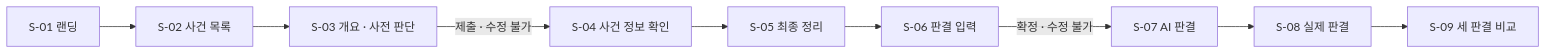
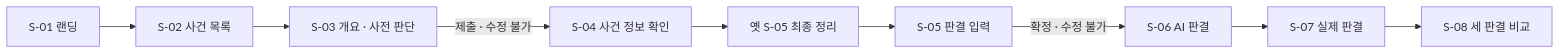
The diagram in docs/mvp-definition.md (prgrms-aibe-devcourse/AIBE7_FinalProject_Team2), drawn with Mermaid before and after one commit. The commit also changed other lines of this file and 18 other files, not shown here.

````diff
--- a/docs/mvp-definition.md
+++ b/docs/mvp-definition.md
@@ -71,11 +72,11 @@
 ```mermaid
 flowchart LR
     S1[S-01 랜딩] --> S2[S-02 사건 목록]
     S2 --> S3[S-03 개요 · 사전 판단]
     S3 -->|제출 · 수정 불가| S4[S-04 사건 정보 확인]
-    S4 --> S5[S-05 최종 정리]
-    S5 --> S6[S-06 판결 입력]
-    S6 -->|확정 · 수정 불가| S7[S-07 AI 판결]
-    S7 --> S8[S-08 실제 판결]
-    S8 --> S9[S-09 세 판결 비교]
+    S4 --> S5[옛 S-05 최종 정리]
+    S5 --> S6[S-05 판결 입력]
+    S6 -->|확정 · 수정 불가| S7[S-06 AI 판결]
+    S7 --> S8[S-07 실제 판결]
+    S8 --> S9[S-08 세 판결 비교]
 ```
````
